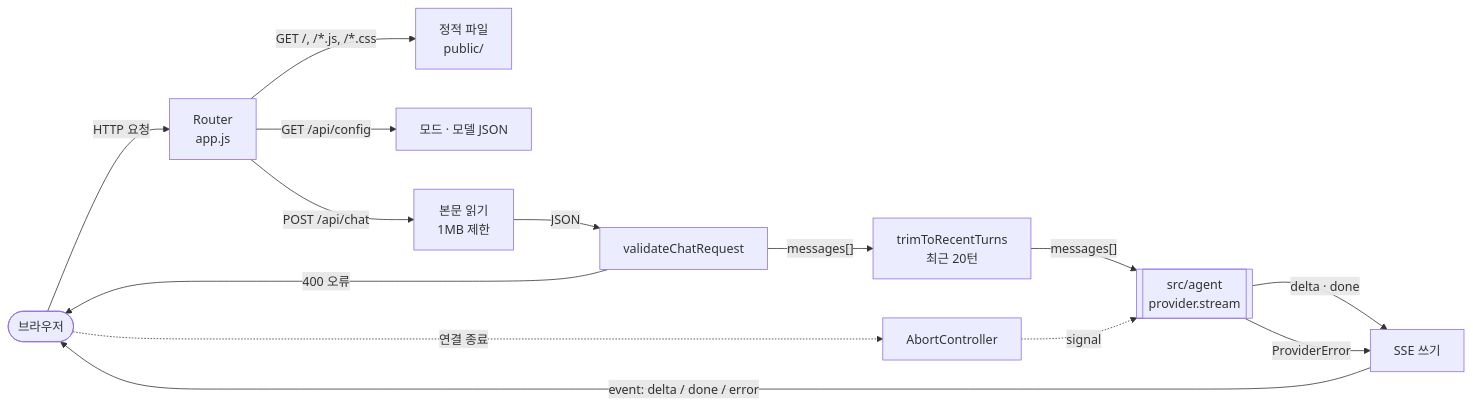
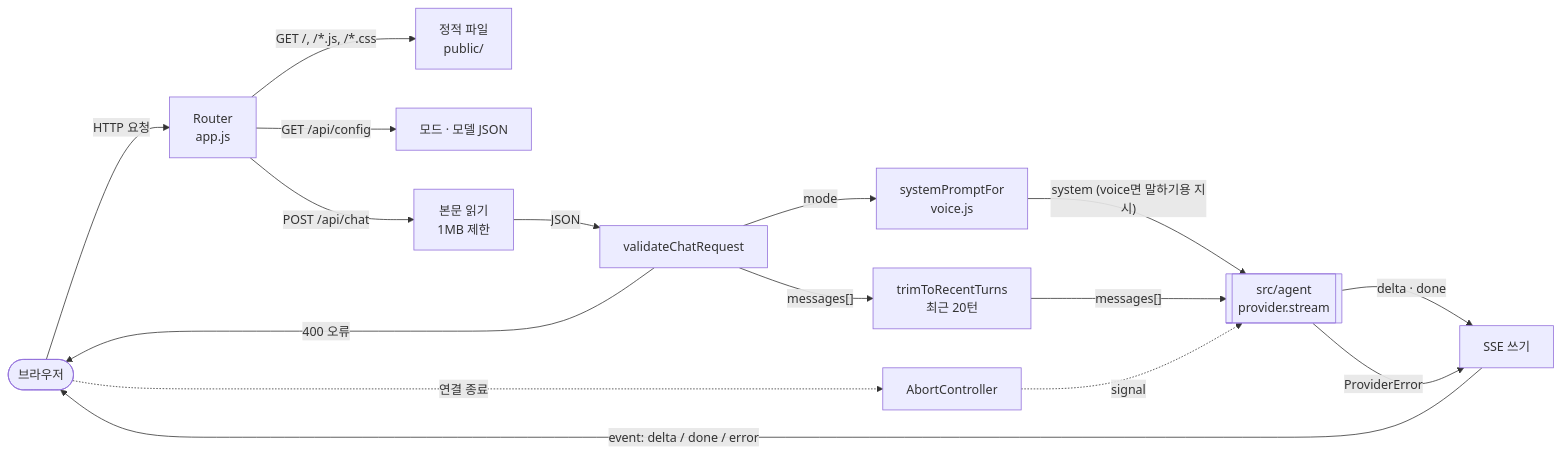
Before and after one commit to kimtaesung98/ai-agent-chat-demo: the diagram in src/server/README.md, drawn with Mermaid. The commit also changed other lines of this file and 39 other files, not shown here.

````diff
--- a/src/server/README.md
+++ b/src/server/README.md
@@ -30,16 +30,18 @@
 ```mermaid
 flowchart LR
     Browser([브라우저]) -->|"HTTP 요청"| Router[Router<br>app.js]
     Router -->|"GET /, /*.js, /*.css"| Static[정적 파일<br>public/]
     Router -->|"GET /api/config"| Config[모드 · 모델 JSON]
     Router -->|"POST /api/chat"| Body[본문 읽기<br>1MB 제한]
     Body -->|"JSON"| Validate[validateChatRequest]
     Validate -->|"400 오류"| Browser
     Validate -->|"messages[]"| Trim[trimToRecentTurns<br>최근 20턴]
+    Validate -->|"mode"| Voice[systemPromptFor<br>voice.js]
+    Voice -->|"system (voice면 말하기용 지시)"| Agent
     Trim -->|"messages[]"| Agent[[src/agent<br>provider.stream]]
     Agent -->|"delta · done"| SSE[SSE 쓰기]
     Agent -->|"ProviderError"| SSE
     SSE -->|"event: delta / done / error"| Browser
     Browser -.->|"연결 종료"| Abort[AbortController]
     Abort -.->|"signal"| Agent
 ```
````
